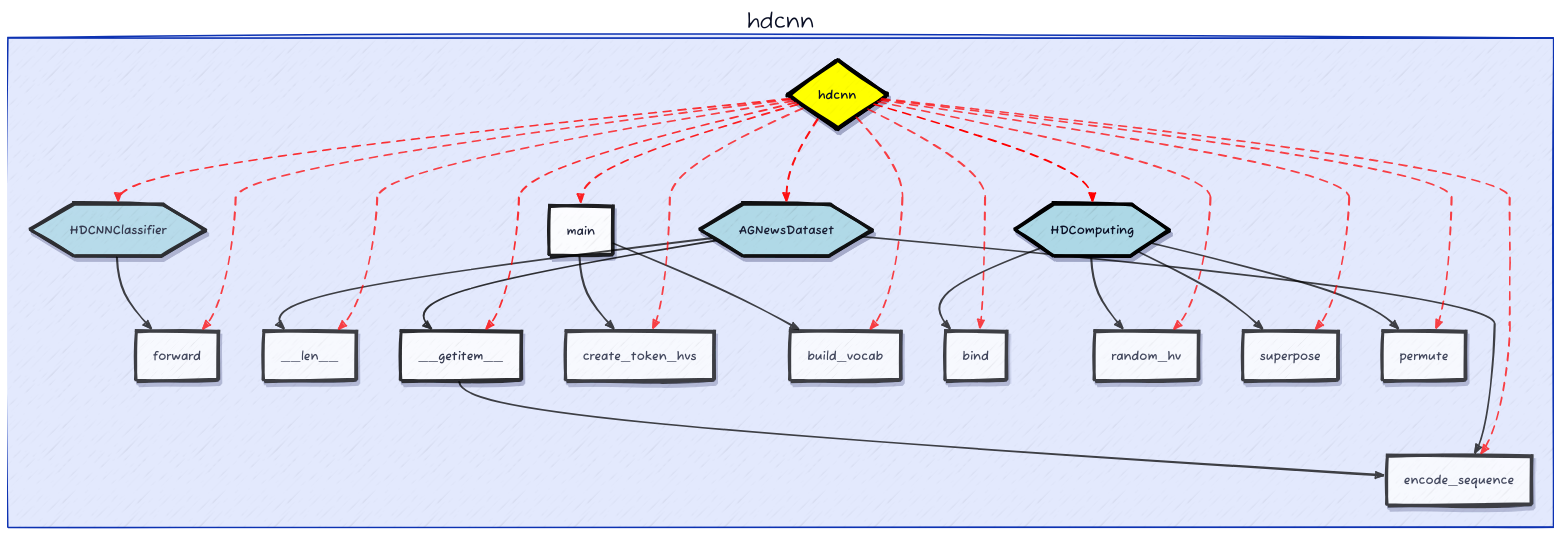
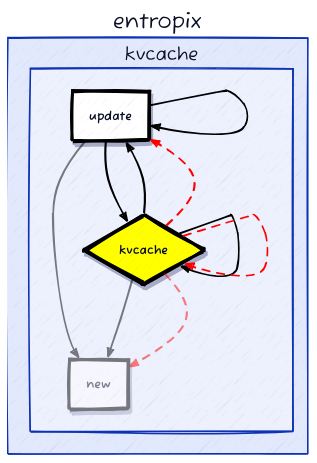
One commit to fangyuan-ksgk/heuristic-search changed the diagram in eoh/d2_output/dag.d2. Above: the diagram before and after it, drawn with D2. The commit also changed 11 other files, not shown here.

```diff
--- a/eoh/d2_output/dag.d2
+++ b/eoh/d2_output/dag.d2
@@ -35,39 +35,9 @@
     }
   }
 }
-hdcnn.HDCNNClassifier.class: class
-hdcnn.HDCNNClassifier.label: "HDCNNClassifier"
-hdcnn.HDCNNClassifier: {
-  style: {
-    opacity: 0.80
-    stroke: "black"
-    stroke-width: 4
-    shadow: true
-  }
-}
-hdcnn.encode_sequence.class: function
-hdcnn.encode_sequence.label: "encode_sequence"
-hdcnn.encode_sequence: {
-  style: {
-    opacity: 0.73
-    stroke: "black"
-    stroke-width: 4
-    shadow: true
-  }
-}
-hdcnn.forward.class: function
-hdcnn.forward.label: "forward"
-hdcnn.forward: {
-  style: {
-    opacity: 0.73
-    stroke: "black"
-    stroke-width: 4
-    shadow: true
-  }
-}
-hdcnn.HDComputing.class: class
-hdcnn.HDComputing.label: "HDComputing"
-hdcnn.HDComputing: {
+entropix.kvcache.update.class: function
+entropix.kvcache.update.label: "update"
+entropix.kvcache.update: {
   style: {
     opacity: 1.00
     stroke: "black"
@@ -75,69 +45,19 @@
     shadow: true
   }
 }
-hdcnn.__len__.class: function
-hdcnn.__len__.label: "__len__"
-hdcnn.__len__: {
+entropix.kvcache.new.class: function
+entropix.kvcache.new.label: "new"
+entropix.kvcache.new: {
   style: {
-    opacity: 0.73
+    opacity: 0.50
     stroke: "black"
     stroke-width: 4
     shadow: true
   }
 }
-hdcnn.__getitem__.class: function
-hdcnn.__getitem__.label: "__getitem__"
-hdcnn.__getitem__: {
-  style: {
-    opacity: 0.80
-    stroke: "black"
-    stroke-width: 4
-    shadow: true
-  }
-}
-hdcnn.create_token_hvs.class: function
-hdcnn.create_token_hvs.label: "create_token_hvs"
-hdcnn.create_token_hvs: {
-  style: {
-    opacity: 0.73
-    stroke: "black"
-    stroke-width: 4
-    shadow: true
-  }
-}
-hdcnn.main.class: function
-hdcnn.main.label: "main"
-hdcnn.main: {
-  style: {
-    opacity: 0.87
-    stroke: "black"
-    stroke-width: 4
-    shadow: true
-  }
-}
-hdcnn.build_vocab.class: function
-hdcnn.build_vocab.label: "build_vocab"
-hdcnn.build_vocab: {
-  style: {
-    opacity: 0.73
-    stroke: "black"
-    stroke-width: 4
-    shadow: true
-  }
-}
-hdcnn.AGNewsDataset.class: class
-hdcnn.AGNewsDataset.label: "AGNewsDataset"
-hdcnn.AGNewsDataset: {
-  style: {
-    opacity: 0.93
-    stroke: "black"
-    stroke-width: 4
-    shadow: true
-  }
-}
-hdcnn.hdcnn.class: file
-hdcnn.hdcnn.label: "hdcnn"
-hdcnn.hdcnn: {
+entropix.kvcache.KVCache.class: class
+entropix.kvcache.KVCache.label: "KVCache"
+entropix.kvcache.KVCache: {
   style: {
     opacity: 1.00
     stroke: "black"
@@ -145,196 +65,64 @@
     shadow: true
   }
 }
-hdcnn.bind.class: function
-hdcnn.bind.label: "bind"
-hdcnn.bind: {
+entropix.kvcache.kvcache.class: file
+entropix.kvcache.kvcache.label: "kvcache"
+entropix.kvcache.kvcache: {
   style: {
-    opacity: 0.73
+    opacity: 1.00
     stroke: "black"
     stroke-width: 4
     shadow: true
   }
 }
-hdcnn.random_hv.class: function
-hdcnn.random_hv.label: "random_hv"
-hdcnn.random_hv: {
-  style: {
-    opacity: 0.73
-    stroke: "black"
-    stroke-width: 4
-    shadow: true
-  }
-}
-hdcnn.superpose.class: function
-hdcnn.superpose.label: "superpose"
-hdcnn.superpose: {
-  style: {
-    opacity: 0.73
-    stroke: "black"
-    stroke-width: 4
-    shadow: true
-  }
-}
-hdcnn.permute.class: function
-hdcnn.permute.label: "permute"
-hdcnn.permute: {
-  style: {
-    opacity: 0.73
-    stroke: "black"
-    stroke-width: 4
-    shadow: true
-  }
-}
-hdcnn.HDCNNClassifier -> hdcnn.forward: {
+entropix.kvcache.update -> entropix.kvcache.new: {
   style.stroke: black
-  style.opacity: 0.73
+  style.opacity: 0.50
   style.stroke-width: 2
 }
-hdcnn.HDComputing -> hdcnn.random_hv: {
+entropix.kvcache.update -> entropix.kvcache.update: {
   style.stroke: black
-  style.opacity: 0.73
+  style.opacity: 1.00
   style.stroke-width: 2
 }
-hdcnn.HDComputing -> hdcnn.superpose: {
+entropix.kvcache.update -> entropix.kvcache.KVCache: {
   style.stroke: black
-  style.opacity: 0.73
+  style.opacity: 1.00
   style.stroke-width: 2
 }
-hdcnn.HDComputing -> hdcnn.permute: {
+entropix.kvcache.KVCache -> entropix.kvcache.new: {
   style.stroke: black
-  style.opacity: 0.73
+  style.opacity: 0.50
   style.stroke-width: 2
 }
-hdcnn.HDComputing -> hdcnn.bind: {
+entropix.kvcache.KVCache -> entropix.kvcache.update: {
   style.stroke: black
-  style.opacity: 0.73
+  style.opacity: 1.00
   style.stroke-width: 2
 }
-hdcnn.__getitem__ -> hdcnn.encode_sequence: {
+entropix.kvcache.KVCache -> entropix.kvcache.KVCache: {
   style.stroke: black
-  style.opacity: 0.73
+  style.opacity: 1.00
   style.stroke-width: 2
 }
-hdcnn.main -> hdcnn.create_token_hvs: {
-  style.stroke: black
-  style.opacity: 0.73
-  style.stroke-width: 2
-}
-hdcnn.main -> hdcnn.build_vocab: {
-  style.stroke: black
-  style.opacity: 0.73
-  style.stroke-width: 2
-}
-hdcnn.AGNewsDataset -> hdcnn.__len__: {
-  style.stroke: black
-  style.opacity: 0.73
-  style.stroke-width: 2
-}
-hdcnn.AGNewsDataset -> hdcnn.__getitem__: {
-  style.stroke: black
-  style.opacity: 0.80
-  style.stroke-width: 2
-}
-hdcnn.AGNewsDataset -> hdcnn.encode_sequence: {
-  style.stroke: black
-  style.opacity: 0.73
-  style.stroke-width: 2
-}
-hdcnn.hdcnn -> hdcnn.HDCNNClassifier: {
+entropix.kvcache.kvcache -> entropix.kvcache.new: {
   style.stroke: red
-  style.opacity: 0.80
+  style.opacity: 0.50
   style.stroke-width: 2
   style.stroke-dash: 5
   style.animated: true
 }
-hdcnn.hdcnn -> hdcnn.encode_sequence: {
-  style.stroke: red
-  style.opacity: 0.73
-  style.stroke-width: 2
-  style.stroke-dash: 5
-  style.animated: true
-}
-hdcnn.hdcnn -> hdcnn.forward: {
-  style.stroke: red
-  style.opacity: 0.73
-  style.stroke-width: 2
-  style.stroke-dash: 5
-  style.animated: true
-}
-hdcnn.hdcnn -> hdcnn.HDComputing: {
+entropix.kvcache.kvcache -> entropix.kvcache.KVCache: {
   style.stroke: red
   style.opacity: 1.00
   style.stroke-width: 2
   style.stroke-dash: 5
   style.animated: true
 }
-hdcnn.hdcnn -> hdcnn.__len__: {
+entropix.kvcache.kvcache -> entropix.kvcache.update: {
   style.stroke: red
-  style.opacity: 0.73
+  style.opacity: 1.00
   style.stroke-width: 2
   style.stroke-dash: 5
   style.animated: true
 }
-hdcnn.hdcnn -> hdcnn.__getitem__: {
-  style.stroke: red
-  style.opacity: 0.80
-  style.stroke-width: 2
-  style.stroke-dash: 5
-  style.animated: true
-}
-hdcnn.hdcnn -> hdcnn.create_token_hvs: {
-  style.stroke: red
-  style.opacity: 0.73
-  style.stroke-width: 2
-  style.stroke-dash: 5
-  style.animated: true
-}
-hdcnn.hdcnn -> hdcnn.main: {
-  style.stroke: red
-  style.opacity: 0.87
-  style.stroke-width: 2
-  style.stroke-dash: 5
-  style.animated: true
-}
-hdcnn.hdcnn -> hdcnn.build_vocab: {
-  style.stroke: red
-  style.opacity: 0.73
-  style.stroke-width: 2
-  style.stroke-dash: 5
-  style.animated: true
-}
-hdcnn.hdcnn -> hdcnn.AGNewsDataset: {
-  style.stroke: red
-  style.opacity: 0.93
-  style.stroke-width: 2
-  style.stroke-dash: 5
-  style.animated: true
-}
-hdcnn.hdcnn -> hdcnn.bind: {
-  style.stroke: red
-  style.opacity: 0.73
-  style.stroke-width: 2
-  style.stroke-dash: 5
-  style.animated: true
-}
-hdcnn.hdcnn -> hdcnn.random_hv: {
-  style.stroke: red
-  style.opacity: 0.73
-  style.stroke-width: 2
-  style.stroke-dash: 5
-  style.animated: true
-}
-hdcnn.hdcnn -> hdcnn.superpose: {
-  style.stroke: red
-  style.opacity: 0.73
-  style.stroke-width: 2
-  style.stroke-dash: 5
-  style.animated: true
-}
-hdcnn.hdcnn -> hdcnn.permute: {
-  style.stroke: red
-  style.opacity: 0.73
-  style.stroke-width: 2
-  style.stroke-dash: 5
-  style.animated: true
-}
```
